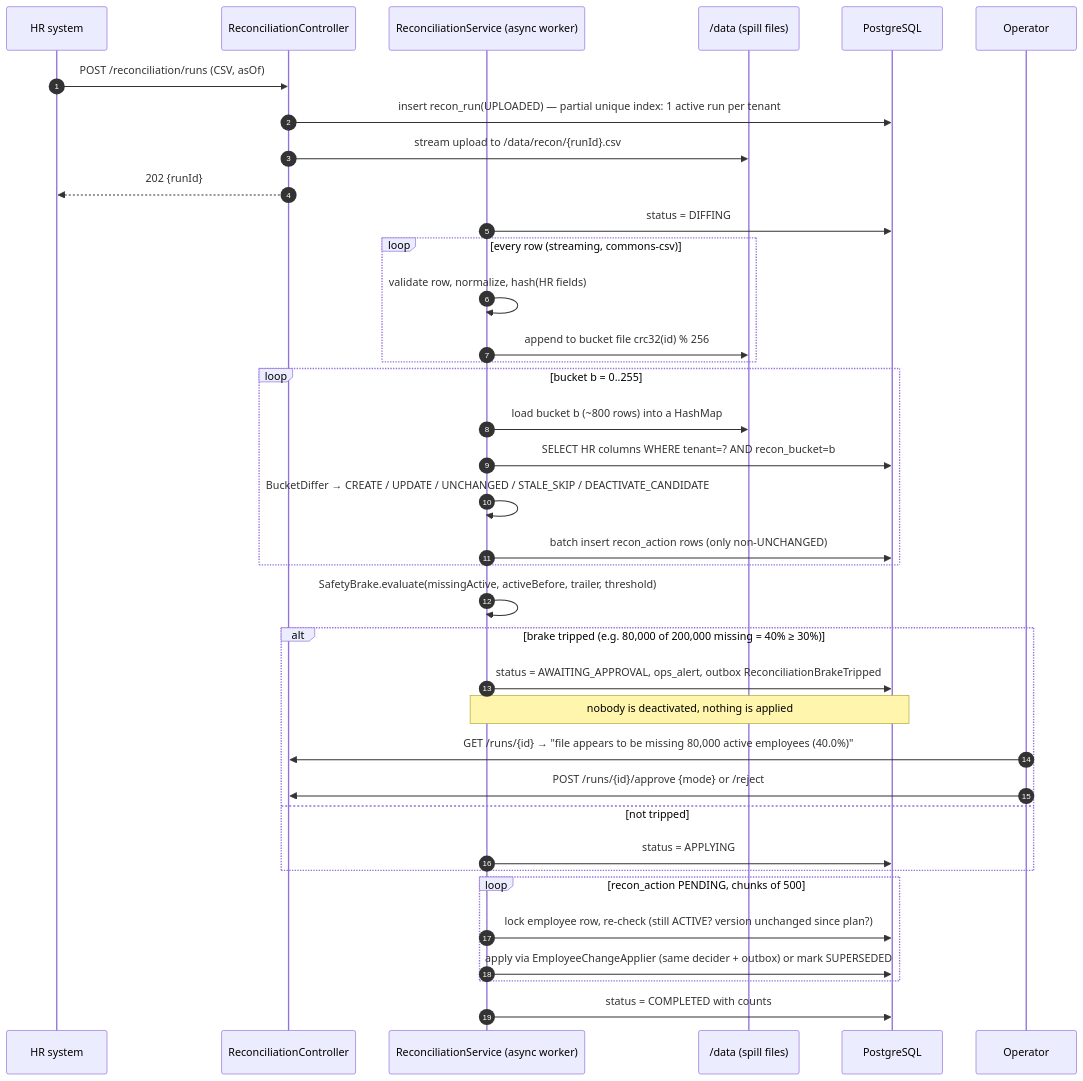
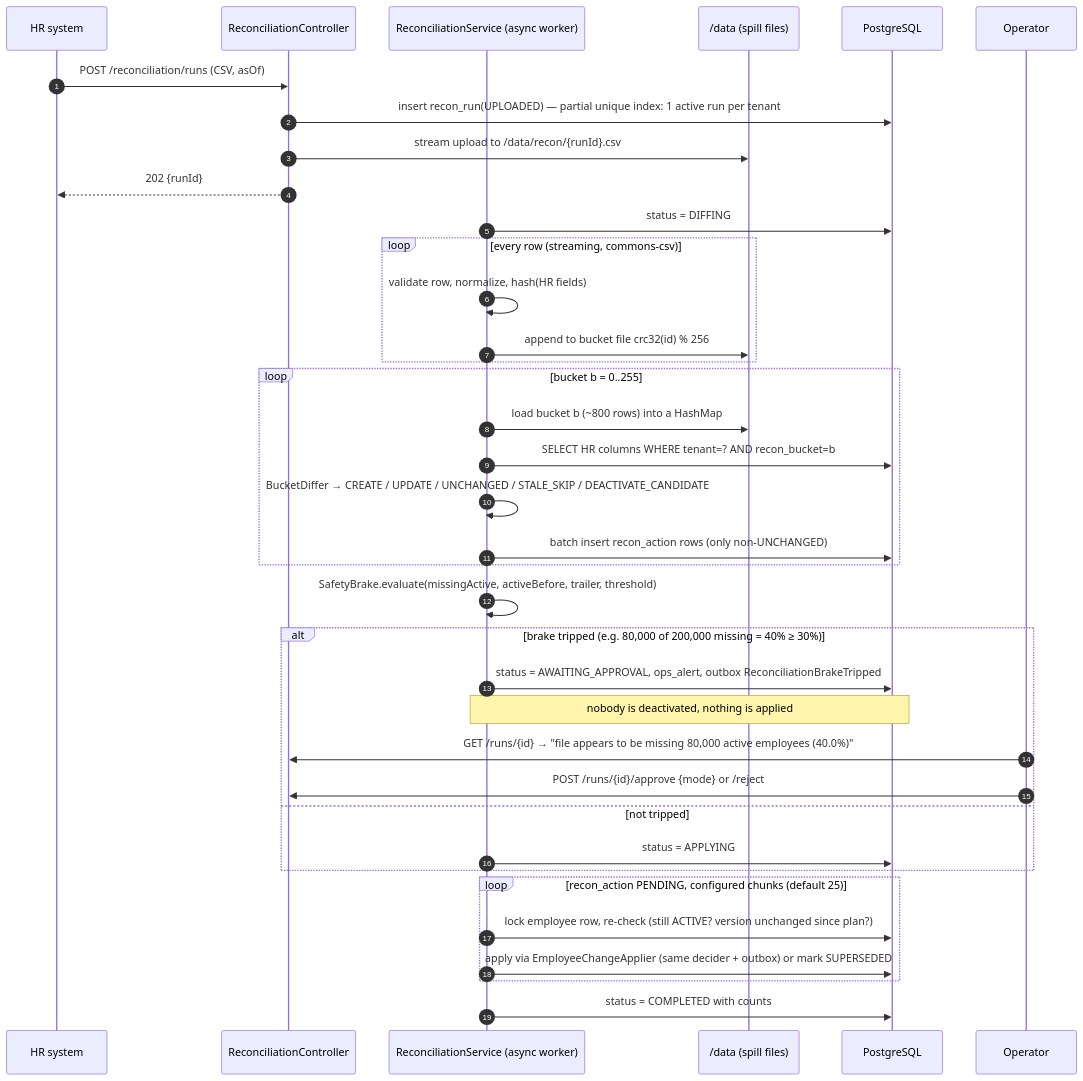
One commit to ad8ya089/roster-sync changed the second of 2 diagrams in docs/DESIGN.md. Above: the diagram before and after it, drawn with Mermaid. The commit also changed other lines of this file and 10 other files, not shown here.

````diff
--- a/docs/DESIGN.md
+++ b/docs/DESIGN.md
@@ -105,40 +105,40 @@
 ```mermaid
 sequenceDiagram
   autonumber
   participant HR as HR system
   participant API as ReconciliationController
   participant RS as ReconciliationService (async worker)
   participant FS as /data (spill files)
   participant DB as PostgreSQL
   participant OP as Operator
 
   HR->>API: POST /reconciliation/runs (CSV, asOf)
   API->>DB: insert recon_run(UPLOADED) — partial unique index: 1 active run per tenant
   API->>FS: stream upload to /data/recon/{runId}.csv
   API-->>HR: 202 {runId}
   RS->>DB: status = DIFFING
   loop every row (streaming, commons-csv)
     RS->>RS: validate row, normalize, hash(HR fields)
     RS->>FS: append to bucket file crc32(id) % 256
   end
   loop bucket b = 0..255
     RS->>FS: load bucket b (~800 rows) into a HashMap
     RS->>DB: SELECT HR columns WHERE tenant=? AND recon_bucket=b
     RS->>RS: BucketDiffer → CREATE / UPDATE / UNCHANGED / STALE_SKIP / DEACTIVATE_CANDIDATE
     RS->>DB: batch insert recon_action rows (only non-UNCHANGED)
   end
   RS->>RS: SafetyBrake.evaluate(missingActive, activeBefore, trailer, threshold)
   alt brake tripped (e.g. 80,000 of 200,000 missing = 40% ≥ 30%)
     RS->>DB: status = AWAITING_APPROVAL, ops_alert, outbox ReconciliationBrakeTripped
     Note over RS,DB: nobody is deactivated, nothing is applied
     OP->>API: GET /runs/{id} → "file appears to be missing 80,000 active employees (40.0%)"
     OP->>API: POST /runs/{id}/approve {mode} or /reject
   else not tripped
     RS->>DB: status = APPLYING
   end
-  loop recon_action PENDING, chunks of 500
+  loop recon_action PENDING, configured chunks (default 25)
     RS->>DB: lock employee row, re-check (still ACTIVE? version unchanged since plan?)
     RS->>DB: apply via EmployeeChangeApplier (same decider + outbox) or mark SUPERSEDED
   end
   RS->>DB: status = COMPLETED with counts
 ```
````
